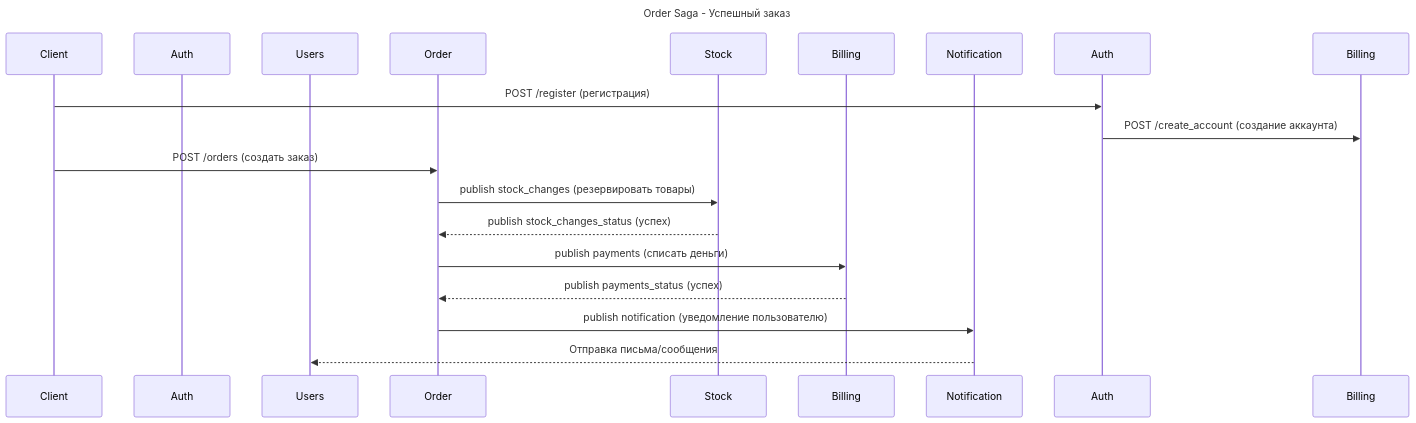
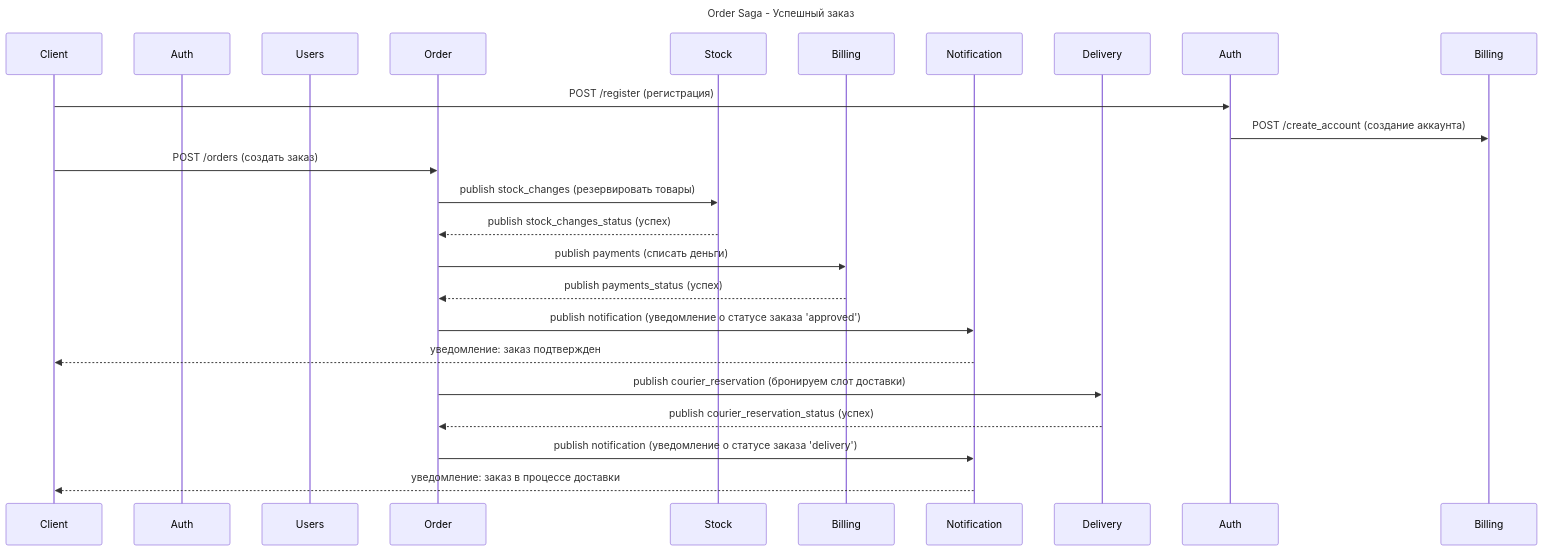
The first of 4 diagrams in README.md (maksonday/miniapp), drawn with Mermaid before and after one commit. The commit also changed other lines of this file and 3 other files, not shown here.

````diff
--- a/README.md
+++ b/README.md
@@ -88,26 +98,33 @@
 ```mermaid
 sequenceDiagram
     title Order Saga - Успешный заказ
 
     participant C as Client
     participant A as Auth
     participant U as Users
     participant O as Order
     participant S as Stock
     participant B as Billing
     participant N as Notification
+    participant D as Delivery
 
     C->>Auth: POST /register (регистрация)
     Auth->>Billing: POST /create_account (создание аккаунта)
 
     C->>O: POST /orders (создать заказ)
     
     O->>S: publish stock_changes (резервировать товары)
     S-->>O: publish stock_changes_status (успех)
 
     O->>B: publish payments (списать деньги)
     B-->>O: publish payments_status (успех)
 
-    O->>N: publish notification (уведомление пользователю)
-    N-->>U: Отправка письма/сообщения
+    O->>N: publish notification (уведомление о статусе заказа 'approved')
+    N-->>C: уведомление: заказ подтвержден
+
+    O->>D: publish courier_reservation (бронируем слот доставки)
+    D-->>O: publish courier_reservation_status (успех)
+
+    O->>N: publish notification (уведомление о статусе заказа 'delivery')
+    N-->>C: уведомление: заказ в процессе доставки
 ```
````
